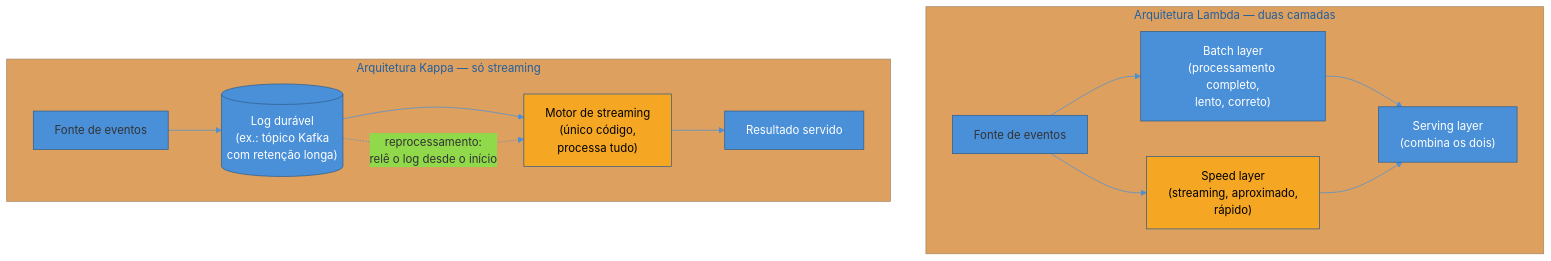
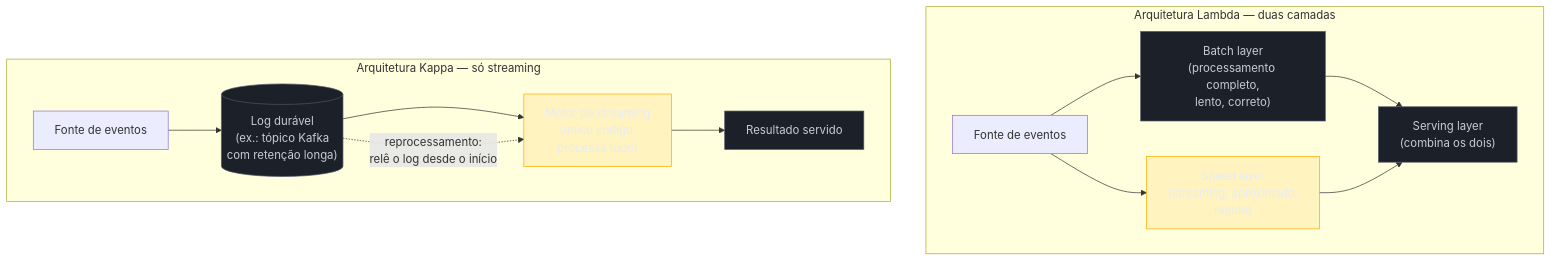
The second of 2 diagrams in 03-Dominios/Engenharia/Dados/3 - Pipelines - movimentação e transformação/05 - Dados em movimento.md (josenaldo/codex-technomanticus), drawn with Mermaid before and after one commit. The commit also changed other lines of this file and 1181 other files, not shown here.

First line of the commit message:
fix(diagramas): paleta do sistema no lugar de cor cravada no markdown

````diff
--- a/03-Dominios/Engenharia/Dados/3 - Pipelines - movimentação e transformação/05 - Dados em movimento.md
+++ b/03-Dominios/Engenharia/Dados/3 - Pipelines - movimentação e transformação/05 - Dados em movimento.md
@@ -160,26 +162,27 @@
 ```mermaid
-%%{init: {"theme": "base", "themeVariables": {"primaryColor": "#4A90D9", "primaryBorderColor": "#2E5C8A", "lineColor": "#4A90D9"}}}%%
 graph TB
+    classDef neutro fill:#1B2029,stroke:#4E5666,color:#C6CCD8
+    classDef destaque fill:#FFAA0024,stroke:#FFAA00,color:#E9ECF2
     subgraph Lambda["Arquitetura Lambda — duas camadas"]
         direction LR
         Src1["Fonte de eventos"] --> Batch["Batch layer<br/>(processamento completo,<br/>lento, correto)"]
         Src1 --> Speed["Speed layer<br/>(streaming, aproximado,<br/>rápido)"]
         Batch --> Serve1["Serving layer<br/>(combina os dois)"]
         Speed --> Serve1
     end
 
     subgraph Kappa["Arquitetura Kappa — só streaming"]
         direction LR
         Src2["Fonte de eventos"] --> Log[("Log durável<br/>(ex.: tópico Kafka<br/>com retenção longa)")]
         Log --> Stream["Motor de streaming<br/>(único código,<br/>processa tudo)"]
         Stream --> Serve2["Resultado servido"]
         Log -.->|"reprocessamento:<br/>relê o log desde o início"| Stream
     end
 
-    style Batch fill:#4A90D9,color:#fff
-    style Speed fill:#F5A623,color:#000
-    style Log fill:#4A90D9,color:#fff
-    style Stream fill:#F5A623,color:#000
-    style Serve1 fill:#4A90D9,color:#fff
-    style Serve2 fill:#4A90D9,color:#fff
+    class Batch neutro
+    class Speed destaque
+    class Log neutro
+    class Stream destaque
+    class Serve1 neutro
+    class Serve2 neutro
 ```
````
